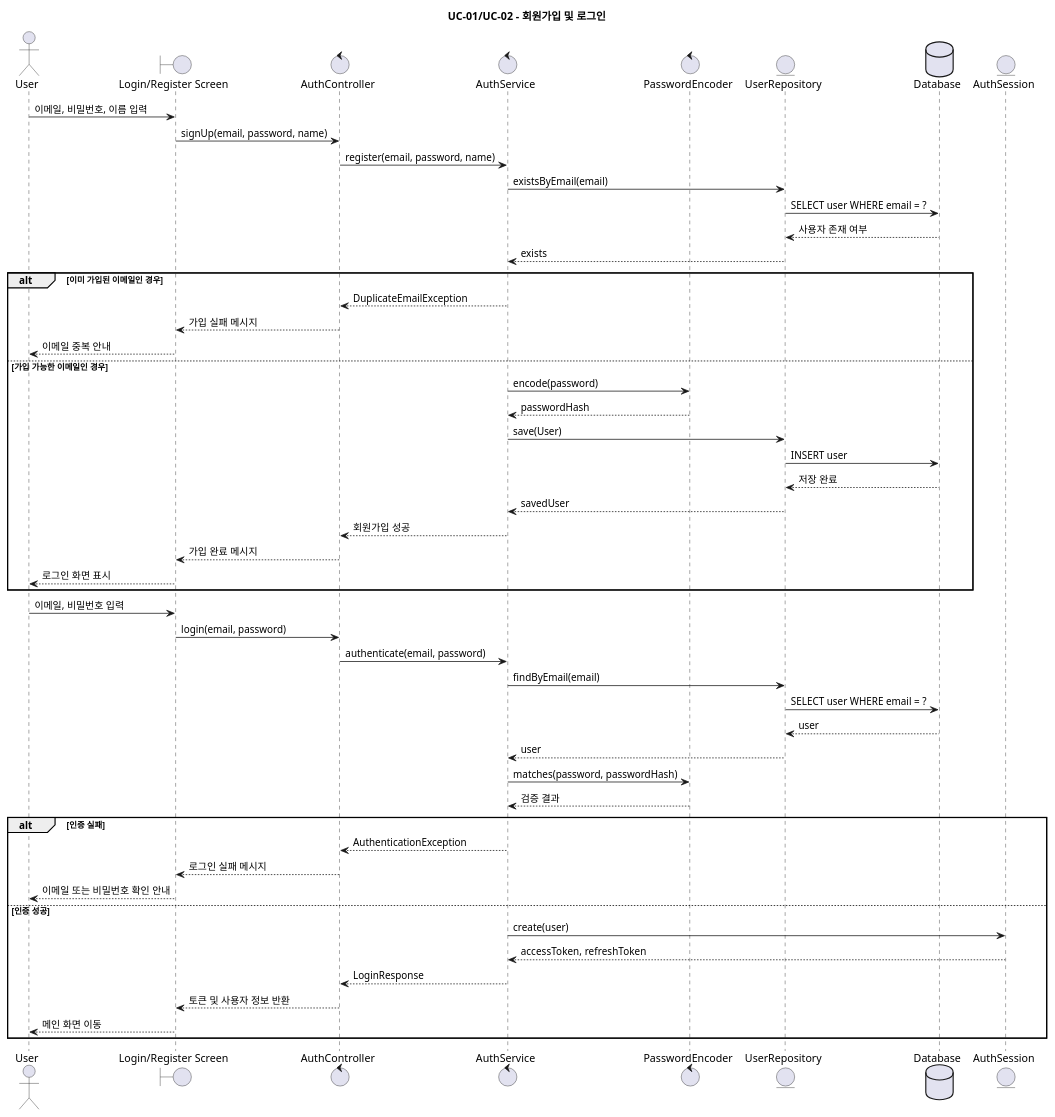
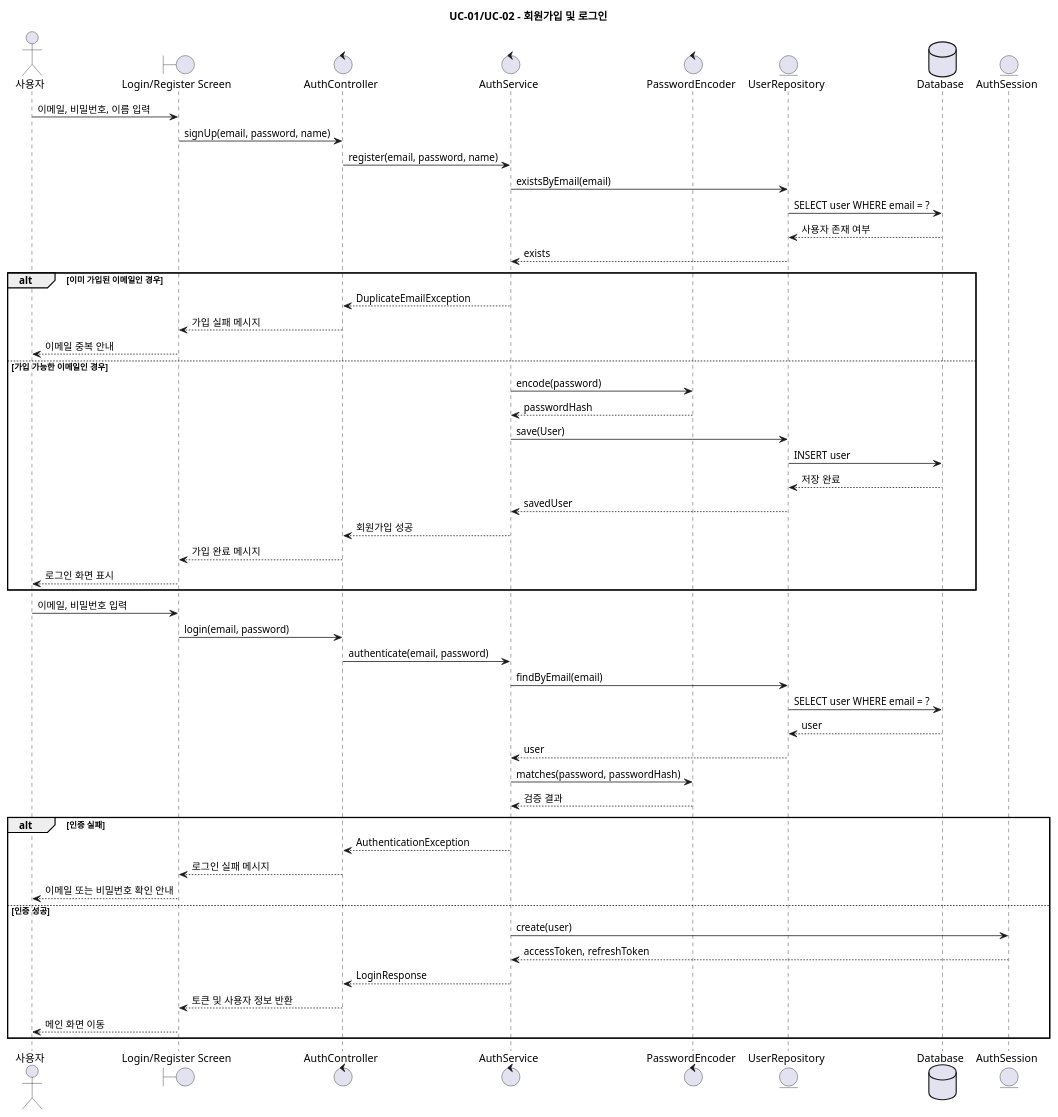
One commit to jeongiryang/SoftwareEngineering_team15_project_-Smart-Edu-Platform changed the first of 15 diagrams in docs/design/plantuml/sequence-diagrams.puml. Above: the diagram before and after it, drawn with PlantUML. The commit also changed other lines of this file and 27 other files, not shown here.

```diff
--- a/docs/design/plantuml/sequence-diagrams.puml
+++ b/docs/design/plantuml/sequence-diagrams.puml
@@ -1,59 +1,59 @@
-@startuml UC01_Login
+@startuml UC01-02_SignUpLogin
 title UC-01/UC-02 - 회원가입 및 로그인
 
-actor "User" as User
+actor "사용자" as User
 boundary "Login/Register Screen" as UI
 control "AuthController" as AuthController
 control "AuthService" as AuthService
 control "PasswordEncoder" as PasswordEncoder
 entity "UserRepository" as UserRepository
 database "Database" as DB
 entity "AuthSession" as AuthSession
 
 User -> UI: 이메일, 비밀번호, 이름 입력
 UI -> AuthController: signUp(email, password, name)
 AuthController -> AuthService: register(email, password, name)
 AuthService -> UserRepository: existsByEmail(email)
 UserRepository -> DB: SELECT user WHERE email = ?
 DB --> UserRepository: 사용자 존재 여부
 UserRepository --> AuthService: exists
 
 alt 이미 가입된 이메일인 경우
   AuthService --> AuthController: DuplicateEmailException
   AuthController --> UI: 가입 실패 메시지
   UI --> User: 이메일 중복 안내
 else 가입 가능한 이메일인 경우
   AuthService -> PasswordEncoder: encode(password)
   PasswordEncoder --> AuthService: passwordHash
   AuthService -> UserRepository: save(User)
   UserRepository -> DB: INSERT user
   DB --> UserRepository: 저장 완료
   UserRepository --> AuthService: savedUser
   AuthService --> AuthController: 회원가입 성공
   AuthController --> UI: 가입 완료 메시지
   UI --> User: 로그인 화면 표시
 end
 
 User -> UI: 이메일, 비밀번호 입력
 UI -> AuthController: login(email, password)
 AuthController -> AuthService: authenticate(email, password)
 AuthService -> UserRepository: findByEmail(email)
 UserRepository -> DB: SELECT user WHERE email = ?
 DB --> UserRepository: user
 UserRepository --> AuthService: user
 AuthService -> PasswordEncoder: matches(password, passwordHash)
 PasswordEncoder --> AuthService: 검증 결과
 
 alt 인증 실패
   AuthService --> AuthController: AuthenticationException
   AuthController --> UI: 로그인 실패 메시지
   UI --> User: 이메일 또는 비밀번호 확인 안내
 else 인증 성공
   AuthService -> AuthSession: create(user)
   AuthSession --> AuthService: accessToken, refreshToken
   AuthService --> AuthController: LoginResponse
   AuthController --> UI: 토큰 및 사용자 정보 반환
   UI --> User: 메인 화면 이동
 end
 
 @enduml
```
